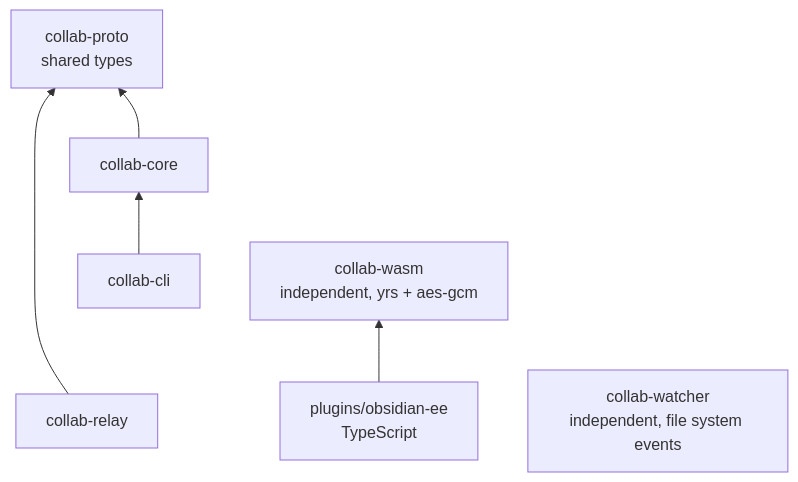
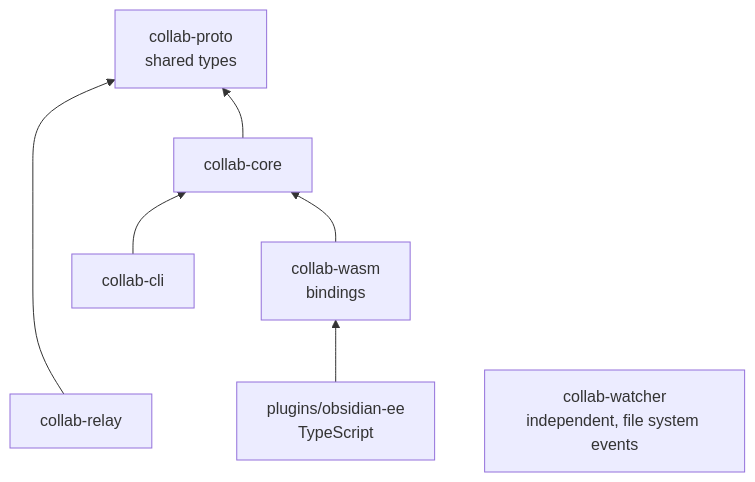
Before and after one commit to cajias/obsidian-ee: the fifth of 7 diagrams in docs/architecture.md, drawn with Mermaid. The commit also changed other lines of this file and 25 other files, not shown here.

First line of the commit message:
feat(wasm): remove AES-256-GCM PSK path — MLS is the sole crypto (#28) (#68)

````diff
--- a/docs/architecture.md
+++ b/docs/architecture.md
@@ -90,13 +90,13 @@
 ```mermaid
 graph BT
     proto[collab-proto<br/>shared types]
     core[collab-core] --> proto
     relay[collab-relay] --> proto
     cli[collab-cli] --> core
     relay ~~~ cli
 
-    wasm[collab-wasm<br/>independent, yrs + aes-gcm]
+    wasm[collab-wasm<br/>bindings] --> core
     plugin[plugins/obsidian-ee<br/>TypeScript] --> wasm
 
     watcher[collab-watcher<br/>independent, file system events]
 ```
````
